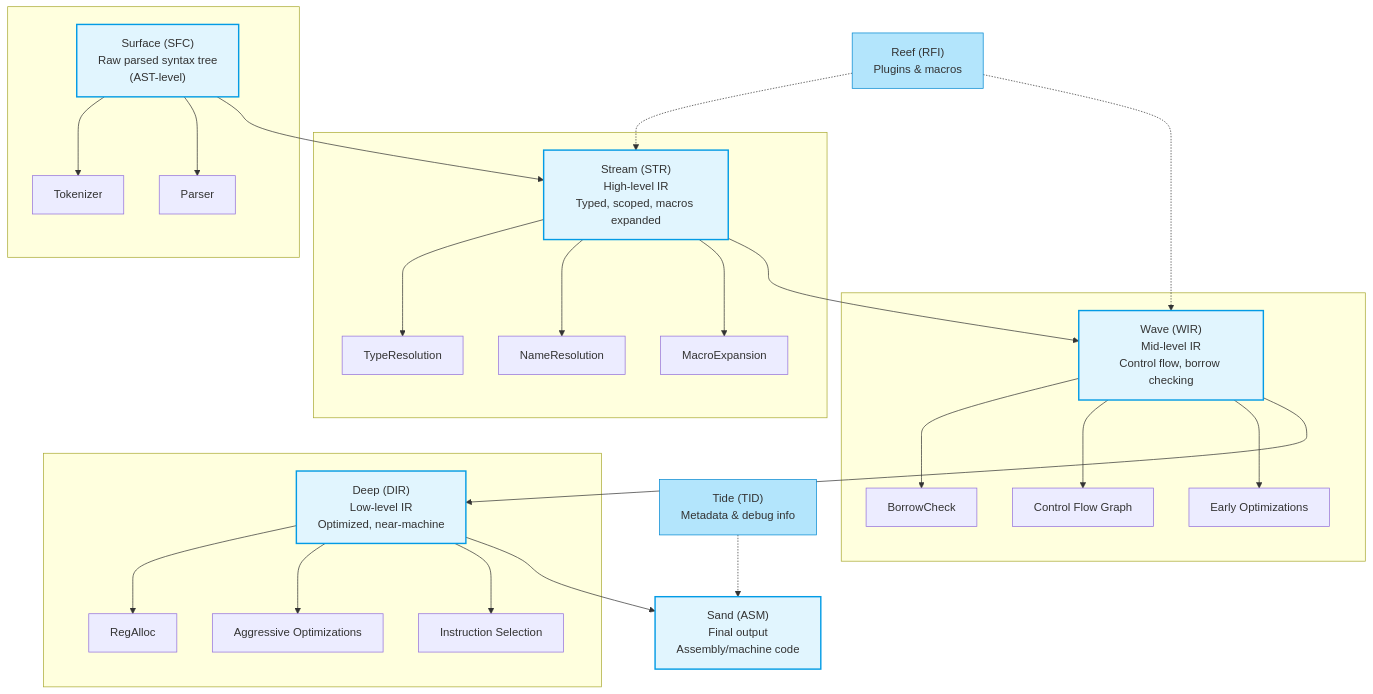
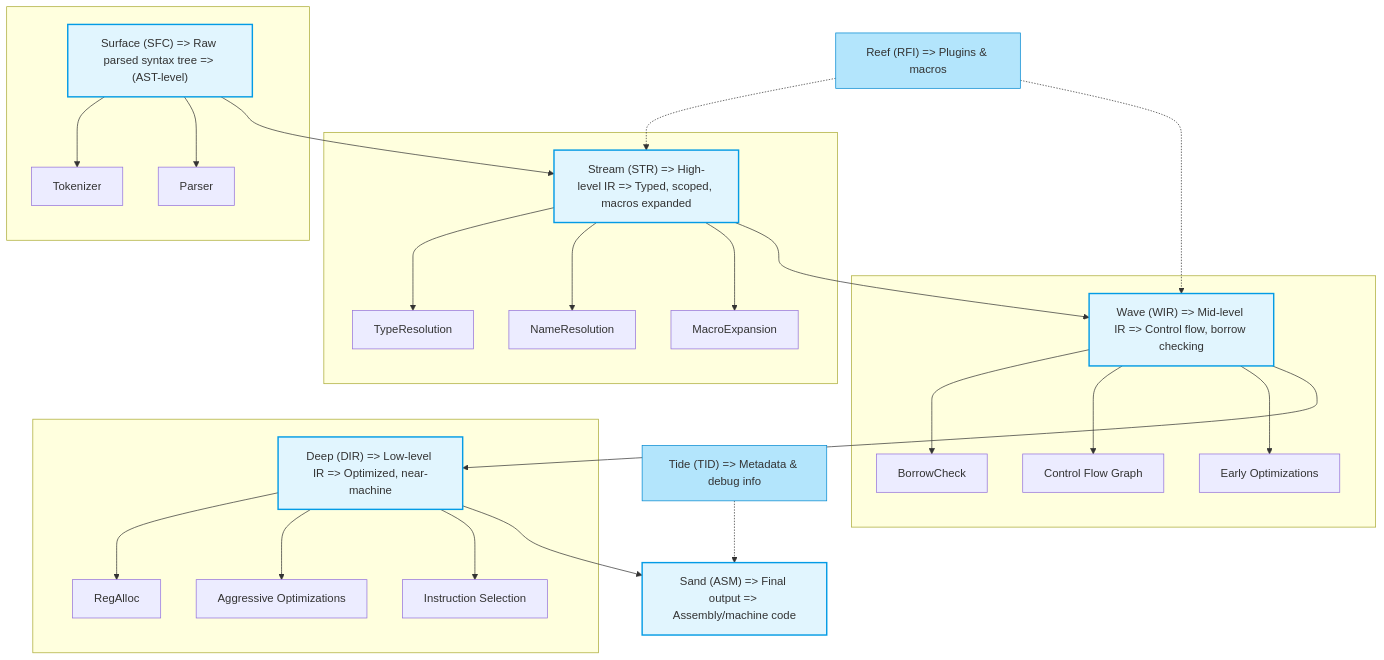
Before and after one commit to liagha/axo: the diagram in src/parser/README.md, drawn with Mermaid.

Commit message:
just some little changes

````diff
--- a/src/parser/README.md
+++ b/src/parser/README.md
@@ -51,51 +51,51 @@
 ```mermaid
 flowchart TD
 %% Main Stages
-    SFC["Surface (SFC)\nRaw parsed syntax tree\n(AST-level)"]
-    STR["Stream (STR)\nHigh-level IR\nTyped, scoped, macros expanded"]
-    WIR["Wave (WIR)\nMid-level IR\nControl flow, borrow checking"]
-    DIR["Deep (DIR)\nLow-level IR\nOptimized, near-machine"]
-    ASM["Sand (ASM)\nFinal output\nAssembly/machine code"]
+    SFC["Surface (SFC) => Raw parsed syntax tree => (AST-level)"]
+    STR["Stream (STR) => High-level IR => Typed, scoped, macros expanded"]
+    WIR["Wave (WIR) => Mid-level IR => Control flow, borrow checking"]
+    DIR["Deep (DIR) => Low-level IR => Optimized, near-machine"]
+    ASM["Sand (ASM) => Final output => Assembly/machine code"]
 
 %% Tooling Extensions
-    TID["Tide (TID)\nMetadata & debug info"]
-    RFI["Reef (RFI)\nPlugins & macros"]
+    TID["Tide (TID) => Metadata & debug info"]
+    RFI["Reef (RFI) => Plugins & macros"]
 
 %% Sub-levels (Expandable)
 subgraph SurfaceDetails[" "]
 SFC --> Tokenizer
 SFC --> Parser
 end
 
 subgraph StreamDetails[" "]
 STR --> TypeResolution
 STR --> NameResolution
 STR --> MacroExpansion
 end
 
 subgraph WaveDetails[" "]
 WIR --> BorrowCheck
 WIR --> CFG["Control Flow Graph"]
 WIR --> Opt1["Early Optimizations"]
 end
 
 subgraph DeepDetails[" "]
 DIR --> RegAlloc
 DIR --> Opt2["Aggressive Optimizations"]
 DIR --> ISel["Instruction Selection"]
 end
 
 %% Pipeline Flow
 SFC --> STR --> WIR --> DIR --> ASM
 
 %% Tooling Connections
 RFI -.-> STR
 RFI -.-> WIR
 TID -.-> ASM
 
 %% Styling
 classDef stage fill:#e1f5fe,stroke:#039be5,stroke-width:2px
 classDef tool fill:#b3e5fc,stroke:#0288d1,dashed
 class SFC,STR,WIR,DIR,ASM stage
 class TID,RFI tool
 ```
````
